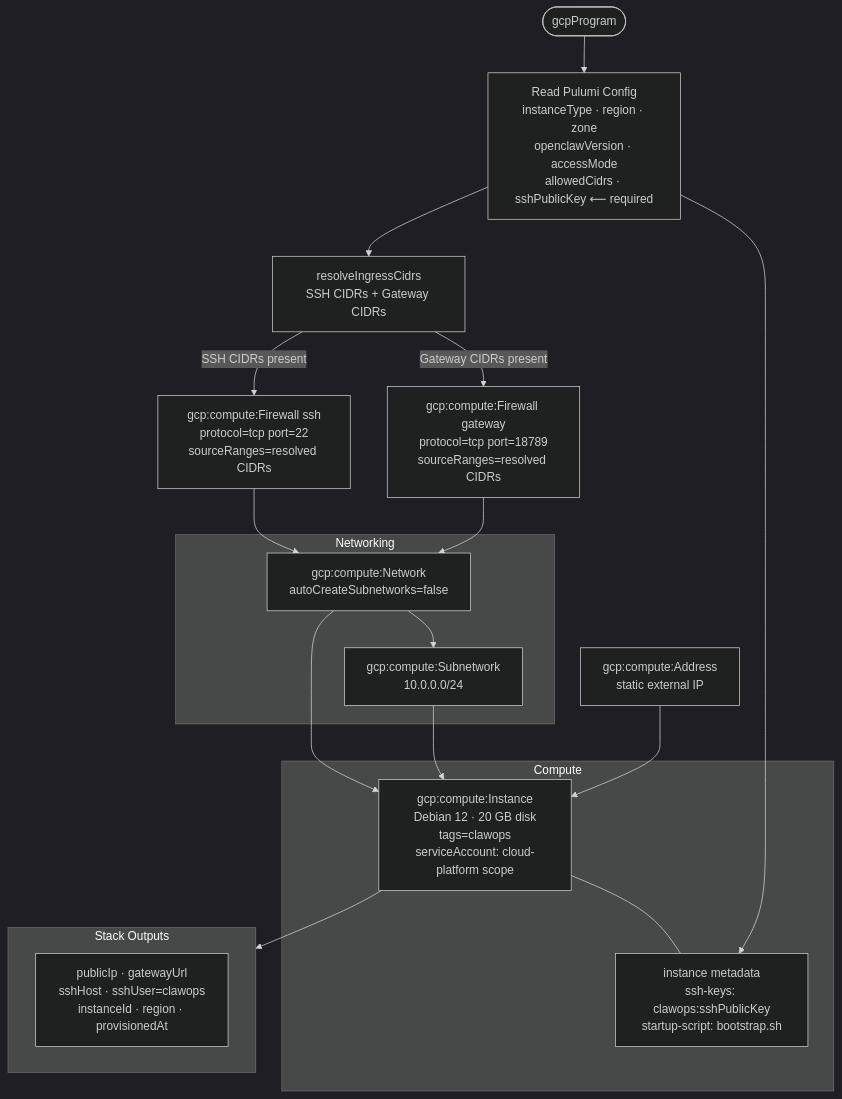
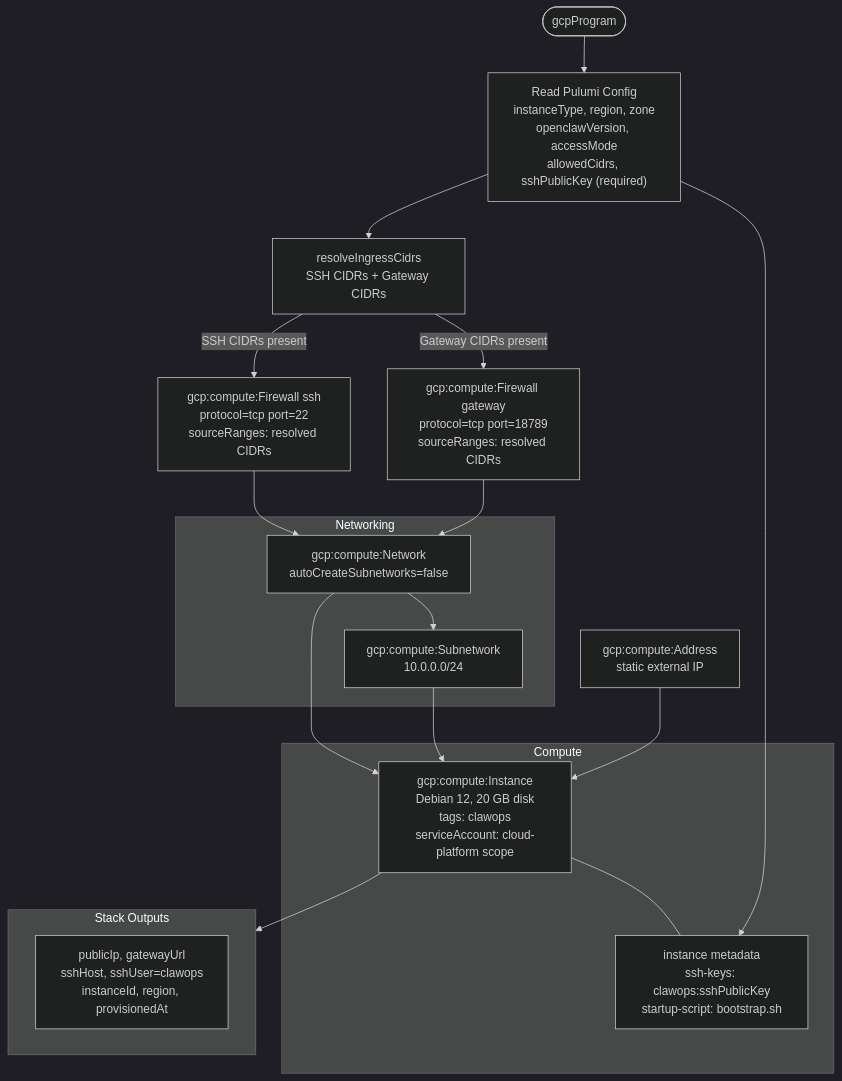
Before and after one commit to dfridkin/clawops: the second of 3 diagrams in README.md, drawn with Mermaid (dark theme). The commit also changed other lines of this file, not shown here.

First line of the commit message:
fix(docs): fix Mermaid diagram syntax for VS Code compatibility

````diff
--- a/README.md
+++ b/README.md
@@ -467,37 +467,37 @@
 ```mermaid
 flowchart TD
-    A([gcpProgram]) --> CFG[Read Pulumi Config\ninstanceType · region · zone\nopenclawVersion · accessMode\nallowedCidrs · sshPublicKey ⟵ required]
+    A([gcpProgram]) --> CFG["Read Pulumi Config\ninstanceType, region, zone\nopenclawVersion, accessMode\nallowedCidrs, sshPublicKey (required)"]
 
-    CFG --> CIDR[resolveIngressCidrs\nSSH CIDRs + Gateway CIDRs]
+    CFG --> CIDR["resolveIngressCidrs\nSSH CIDRs + Gateway CIDRs"]
 
-    subgraph NET [Networking]
-        NW[gcp:compute:Network\nautoCreateSubnetworks=false]
-        SN[gcp:compute:Subnetwork\n10.0.0.0/24]
+    subgraph NET["Networking"]
+        NW["gcp:compute:Network\nautoCreateSubnetworks=false"]
+        SN["gcp:compute:Subnetwork\n10.0.0.0/24"]
         NW --> SN
     end
 
-    CIDR -->|SSH CIDRs present| FW1[gcp:compute:Firewall ssh\nprotocol=tcp port=22\nsourceRanges=resolved CIDRs]
-    CIDR -->|Gateway CIDRs present| FW2[gcp:compute:Firewall gateway\nprotocol=tcp port=18789\nsourceRanges=resolved CIDRs]
+    CIDR -->|SSH CIDRs present| FW1["gcp:compute:Firewall ssh\nprotocol=tcp port=22\nsourceRanges: resolved CIDRs"]
+    CIDR -->|Gateway CIDRs present| FW2["gcp:compute:Firewall gateway\nprotocol=tcp port=18789\nsourceRanges: resolved CIDRs"]
 
     FW1 --> NW
     FW2 --> NW
 
-    ADDR[gcp:compute:Address\nstatic external IP]
+    ADDR["gcp:compute:Address\nstatic external IP"]
 
-    subgraph COMPUTE [Compute]
-        VM[gcp:compute:Instance\nDebian 12 · 20 GB disk\ntags=clawops\nserviceAccount: cloud-platform scope]
-        META[instance metadata\nssh-keys: clawops:sshPublicKey\nstartup-script: bootstrap.sh]
+    subgraph COMPUTE["Compute"]
+        VM["gcp:compute:Instance\nDebian 12, 20 GB disk\ntags: clawops\nserviceAccount: cloud-platform scope"]
+        META["instance metadata\nssh-keys: clawops:sshPublicKey\nstartup-script: bootstrap.sh"]
         VM --- META
     end
 
     CFG --> META
     NW --> VM
     SN --> VM
     ADDR --> VM
 
     VM --> OUT
 
-    subgraph OUT [Stack Outputs]
-        O1[publicIp · gatewayUrl\nsshHost · sshUser=clawops\ninstanceId · region · provisionedAt]
+    subgraph OUT["Stack Outputs"]
+        O1["publicIp, gatewayUrl\nsshHost, sshUser=clawops\ninstanceId, region, provisionedAt"]
     end
 ```
````
